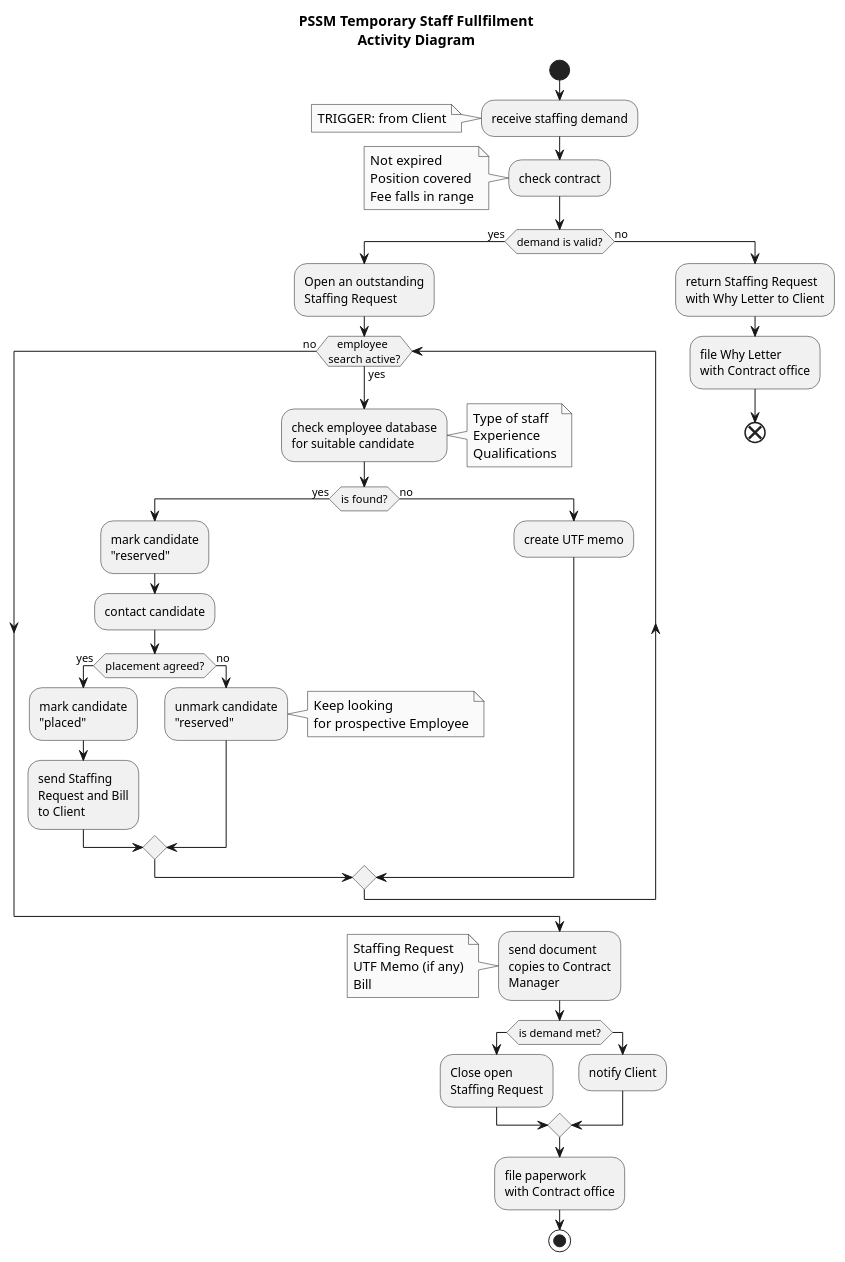
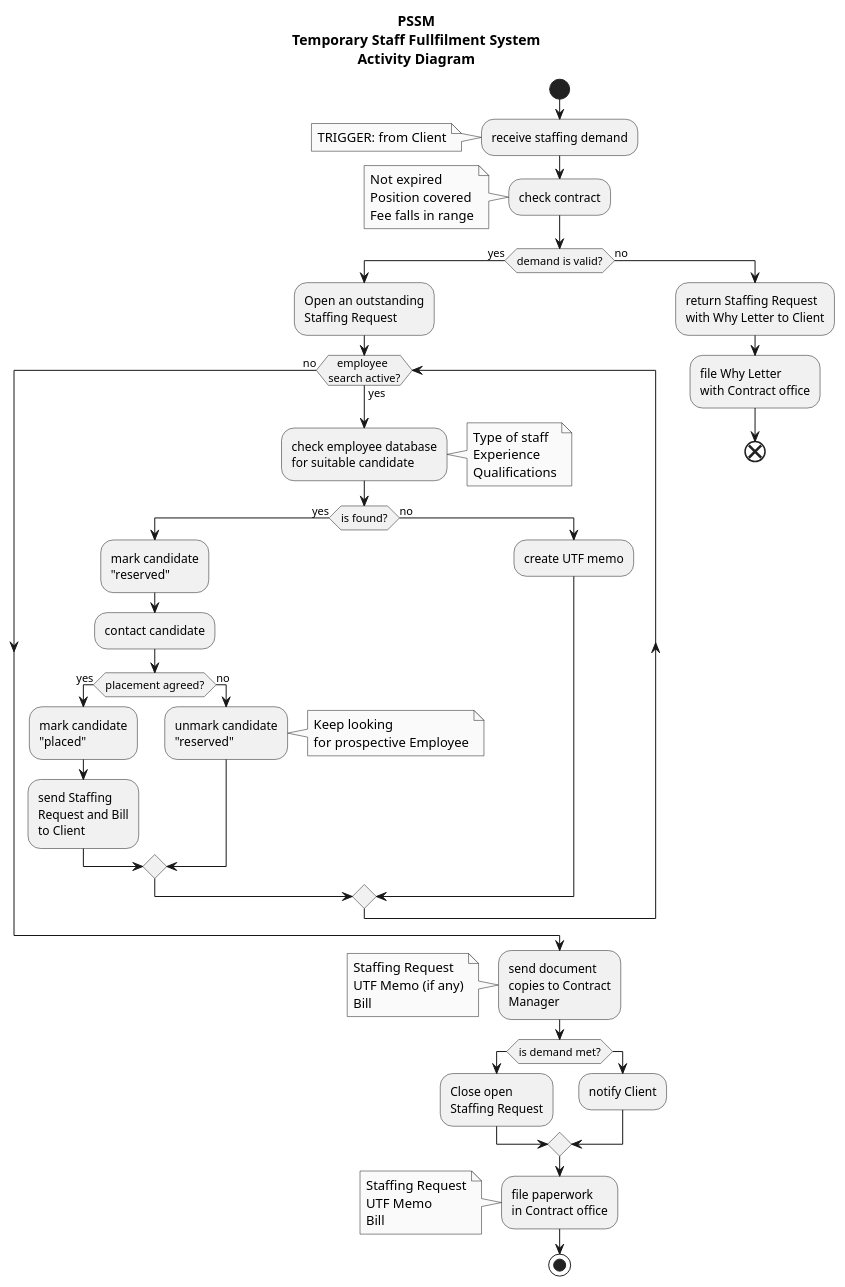
Before and after one commit to Nuissance/CIS641-capstone: the diagram in Analysis/functional/PSSM_staff_fullfilment_ad.puml, drawn with PlantUML.

Commit message:
minor AD adjustment

```diff
--- a/Analysis/functional/PSSM_staff_fullfilment_ad.puml
+++ b/Analysis/functional/PSSM_staff_fullfilment_ad.puml
@@ -1,74 +1,79 @@
 @startuml
 skinparam monochrome true
-title PSSM Temporary Staff Fullfilment\nActivity Diagram
+title PSSM\nTemporary Staff Fullfilment System\nActivity Diagram
 
 start
   :receive staffing demand;
 note left
   TRIGGER: from Client
 end note
 :check contract;
 note left
   Not expired
   Position covered
   Fee falls in range
 end note
 if (demand is valid?) then (yes)
   :Open an outstanding
   Staffing Request;
   while (   employee\nsearch active?) is (yes)
     :check employee database
     for suitable candidate;
     note right
       Type of staff
       Experience
       Qualifications
     end note
     if (is found?) then (yes)
       :mark candidate
       "reserved";
       :contact candidate;
       if (placement agreed?) then (yes)
         :mark candidate
         "placed";
         :send Staffing
         Request and Bill
         to Client;
       else (no)
           :unmark candidate
           "reserved";
           note right
             Keep looking
             for prospective Employee
           end note
       endif
     else (no)
       :create UTF memo;
     endif
   endwhile (no)
 else (no)
   :return Staffing Request
   with Why Letter to Client;
   :file Why Letter
   with Contract office;
   end
 endif
 :send document
 copies to Contract
 Manager;
 note left
   Staffing Request
   UTF Memo (if any)
   Bill
 end note
 if (is demand met?)
   :Close open
   Staffing Request;
 else
   :notify Client;
 endif
 :file paperwork
-with Contract office;
+in Contract office;
+note left
+  Staffing Request
+  UTF Memo
+  Bill
+end note
 stop
 
 @enduml
```
